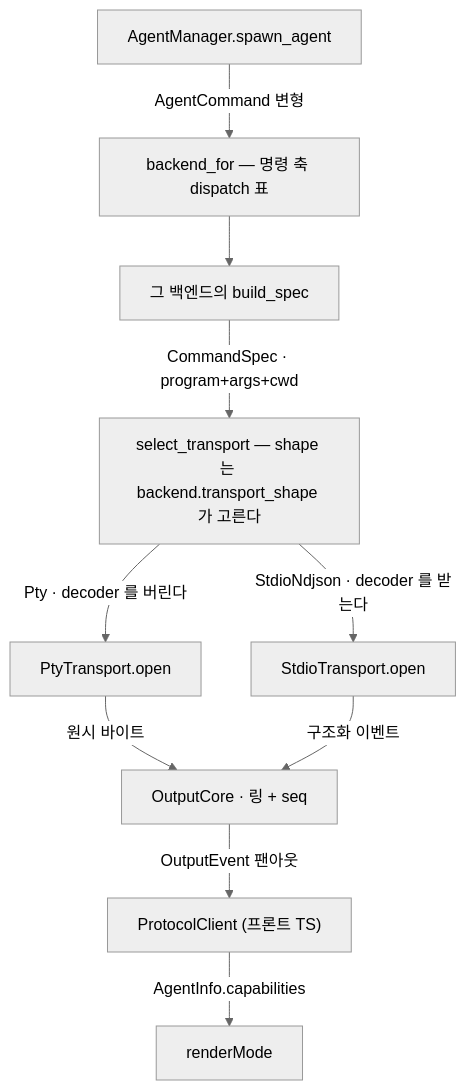
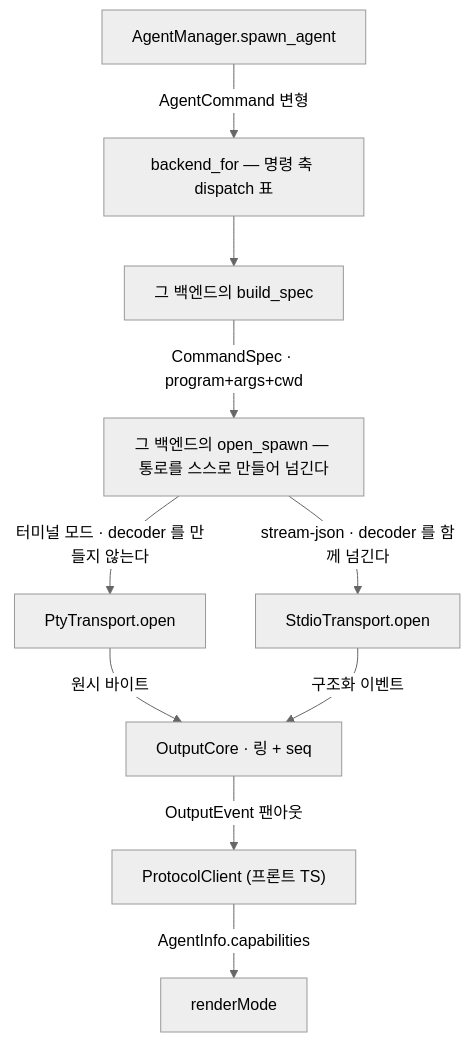
One commit to kimsunzun/engram-dashboard changed the second of 4 diagrams in docs/reference/structure/agent-backend.md. Above: the diagram before and after it, drawn with Mermaid (neutral theme). The commit also changed other lines of this file and 7 other files, not shown here.

First line of the commit message:
S21: refactor(agent): 백엔드가 자기 통로를 만들어 넘긴다 — 가르는 switch 를 하나로 접는다

````diff
--- a/docs/reference/structure/agent-backend.md
+++ b/docs/reference/structure/agent-backend.md
@@ -49,12 +49,12 @@
 ```mermaid
 flowchart TD
   M["AgentManager.spawn_agent"] -->|"AgentCommand 변형"| BF["backend_for — 명령 축 dispatch 표"]
   BF --> CB["그 백엔드의 build_spec"]
-  CB -->|"CommandSpec · program+args+cwd"| ST["select_transport — shape 는 backend.transport_shape 가 고른다"]
-  ST -->|"Pty · decoder 를 버린다"| PT["PtyTransport.open"]
-  ST -->|"StdioNdjson · decoder 를 받는다"| SD["StdioTransport.open"]
+  CB -->|"CommandSpec · program+args+cwd"| ST["그 백엔드의 open_spawn — 통로를 스스로 만들어 넘긴다"]
+  ST -->|"터미널 모드 · decoder 를 만들지 않는다"| PT["PtyTransport.open"]
+  ST -->|"stream-json · decoder 를 함께 넘긴다"| SD["StdioTransport.open"]
   PT -->|"원시 바이트"| OC["OutputCore · 링 + seq"]
   SD -->|"구조화 이벤트"| OC
   OC -->|"OutputEvent 팬아웃"| PC["ProtocolClient (프론트 TS)"]
   PC -->|"AgentInfo.capabilities"| RM["renderMode"]
 ```
````
